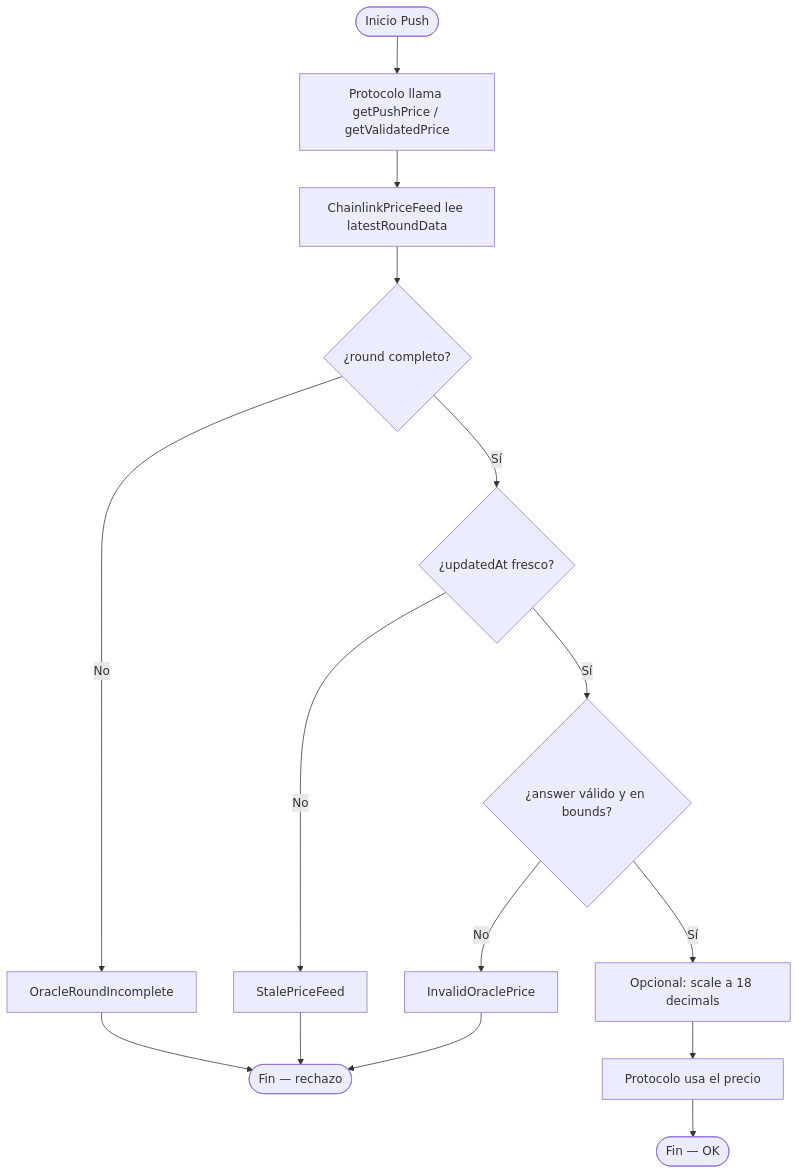
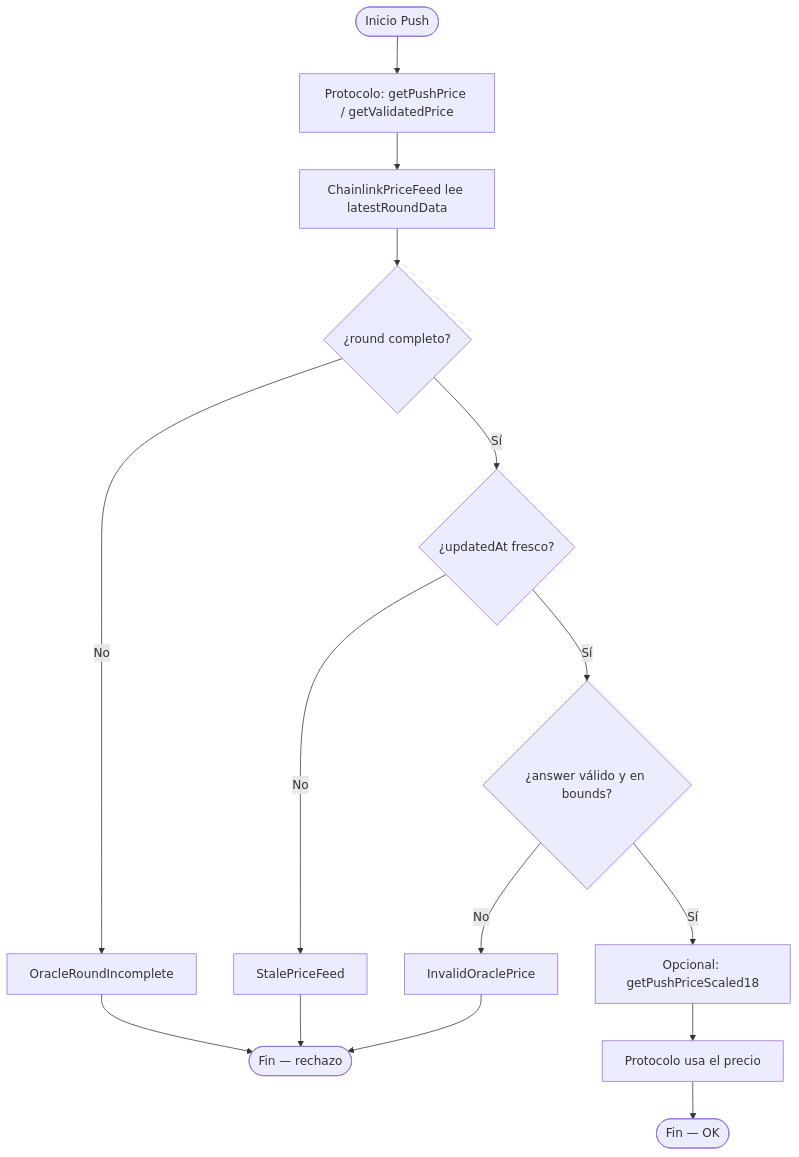
One commit to rastrahm/decentralized-oracles changed the first of 7 diagrams in doc/flujograma.md. Above: the diagram before and after it, drawn with Mermaid. The commit also changed other lines of this file and 12 other files, not shown here.

````diff
--- a/doc/flujograma.md
+++ b/doc/flujograma.md
@@ -21,18 +22,18 @@
 ```mermaid
 flowchart TD
-    Start([Inicio Push]) --> Req[Protocolo llama getPushPrice / getValidatedPrice]
+    Start([Inicio Push]) --> Req[Protocolo: getPushPrice / getValidatedPrice]
     Req --> Read[ChainlinkPriceFeed lee latestRoundData]
     Read --> Round{¿round completo?}
     Round -->|No| RejR[OracleRoundIncomplete]
     Round -->|Sí| Fresh{¿updatedAt fresco?}
     Fresh -->|No| RejS[StalePriceFeed]
     Fresh -->|Sí| Bound{¿answer válido y en bounds?}
     Bound -->|No| RejI[InvalidOraclePrice]
-    Bound -->|Sí| Scale[Opcional: scale a 18 decimals]
+    Bound -->|Sí| Scale[Opcional: getPushPriceScaled18]
     Scale --> Use[Protocolo usa el precio]
     Use --> End([Fin — OK])
 
     RejR --> EndFail([Fin — rechazo])
     RejS --> EndFail
     RejI --> EndFail
 ```
````
